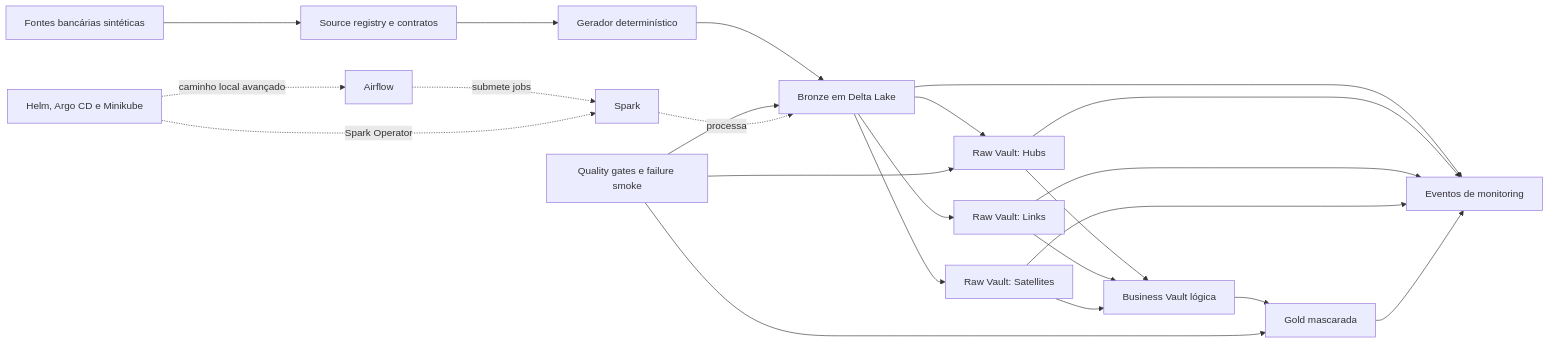
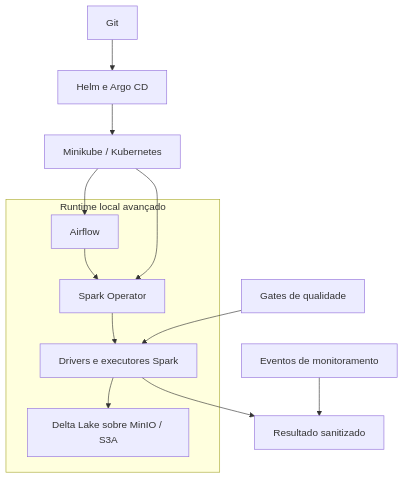
Before and after one commit to ale468/Data-Master-Platform: the second of 3 diagrams in README.md, drawn with Mermaid. The commit also changed other lines of this file, not shown here.

````diff
--- a/README.md
+++ b/README.md
@@ -41,25 +54,17 @@
 ```mermaid
-flowchart LR
-    Sources["Fontes bancárias sintéticas"] --> Contracts["Source registry e contratos"]
-    Contracts --> Generator["Gerador determinístico"]
-    Generator --> Bronze["Bronze em Delta Lake"]
-    Bronze --> Hubs["Raw Vault: Hubs"]
-    Bronze --> Links["Raw Vault: Links"]
-    Bronze --> Satellites["Raw Vault: Satellites"]
-    Hubs --> Business["Business Vault lógica"]
-    Links --> Business
-    Satellites --> Business
-    Business --> Gold["Gold mascarada"]
-    Bronze --> Monitoring["Eventos de monitoring"]
-    Hubs --> Monitoring
-    Links --> Monitoring
-    Satellites --> Monitoring
-    Gold --> Monitoring
-    Quality["Quality gates e failure smoke"] --> Bronze
-    Quality --> Hubs
-    Quality --> Gold
-    Airflow["Airflow"] -. "submete jobs" .-> Spark["Spark"]
-    Spark -. "processa" .-> Bronze
-    GitOps["Helm, Argo CD e Minikube"] -. "caminho local avançado" .-> Airflow
-    GitOps -. "Spark Operator" .-> Spark
+flowchart TB
+    Git["Git"] --> GitOps["Helm e Argo CD"]
+    GitOps --> Kubernetes["Minikube / Kubernetes"]
+
+    subgraph Runtime["Runtime local avançado"]
+        Airflow["Airflow"] --> Operator["Spark Operator"]
+        Operator --> Spark["Drivers e executores Spark"]
+        Spark --> Storage["Delta Lake sobre MinIO / S3A"]
+    end
+
+    Kubernetes --> Airflow
+    Kubernetes --> Operator
+    Quality["Gates de qualidade"] --> Spark
+    Spark --> Evidence["Resultado sanitizado"]
+    Monitoring["Eventos de monitoramento"] --> Evidence
 ```
````
